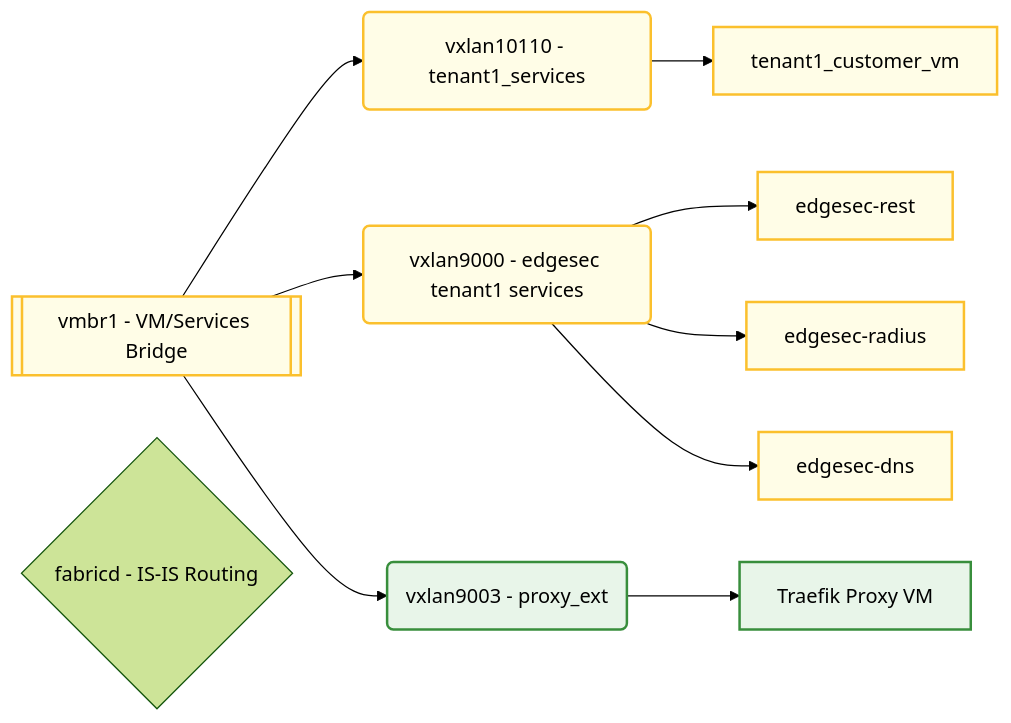
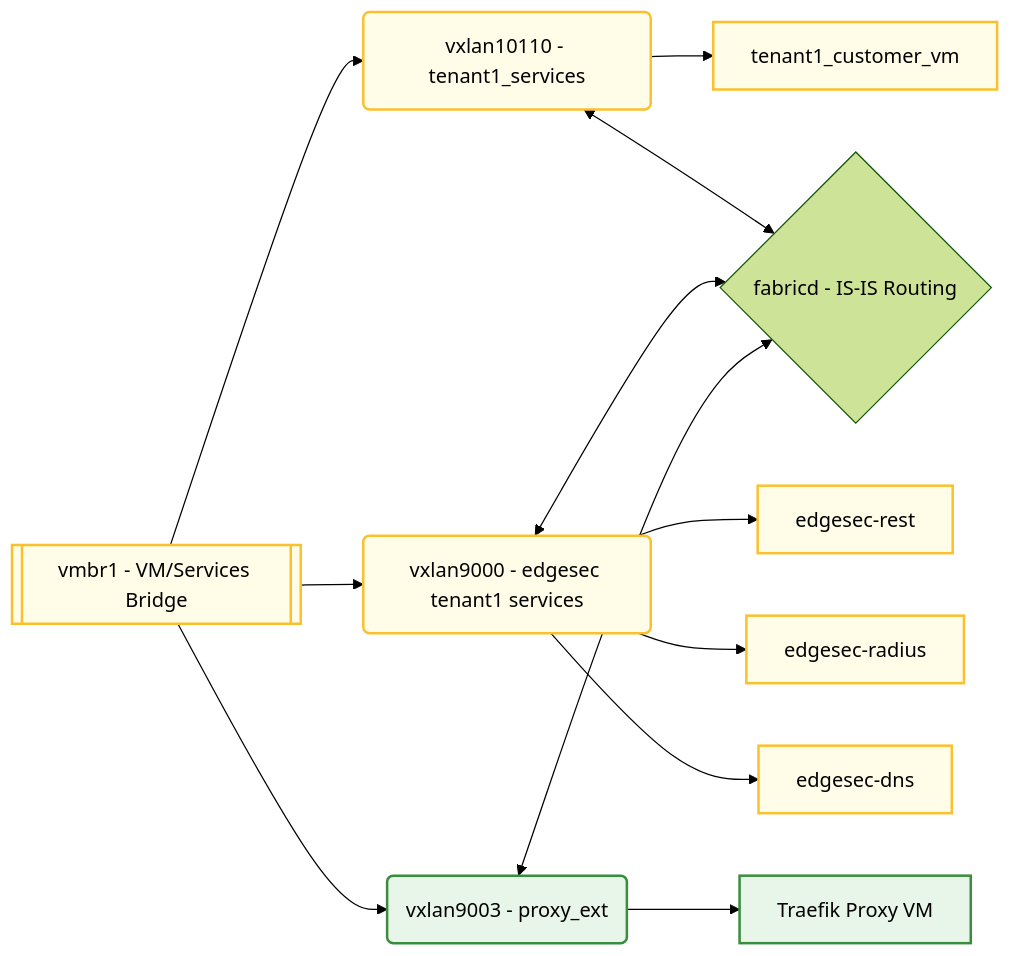
The third of 4 diagrams in README.md (CEP-Comwell/proxmox_addons), drawn with Mermaid (forest theme) before and after one commit. The commit also changed other lines of this file, not shown here.

Commit message:
test connectors fabricd to vxlan

````diff
--- a/README.md
+++ b/README.md
@@ -106,27 +111,30 @@
 ```mermaid
 graph LR
 VMBridge[[vmbr1 - VM/Services Bridge]]
 VX10110(vxlan10110 - tenant1_services)
 VX9000(vxlan9000 - edgesec tenant1 services)
 VX9003(vxlan9003 - proxy_ext)
 CustVM[tenant1_customer_vm]
 RestVM[edgesec-rest]
 RadiusVM[edgesec-radius]
 DNSVM[edgesec-dns]
 ProxyVM[Traefik Proxy VM]
 Fabricd{fabricd - IS-IS Routing}
 
 VMBridge --> VX10110
 VMBridge --> VX9000
 VMBridge --> VX9003
 VX10110 --> CustVM
 VX9000 --> RestVM
 VX9000 --> RadiusVM
 VX9000 --> DNSVM
 VX9003 --> ProxyVM
+VX10110 <--> Fabricd
+VX9000 <--> Fabricd
+VX9003 <--> Fabricd
 
 classDef vm fill:#fffde7,stroke:#fbc02d,stroke-width:2px;
 classDef proxy fill:#e8f5e9,stroke:#388e3c,stroke-width:2px;
 class VMBridge,VX10110,VX9000,CustVM,RestVM,RadiusVM,DNSVM vm;
 class VX9003,ProxyVM proxy;
 ```
````
